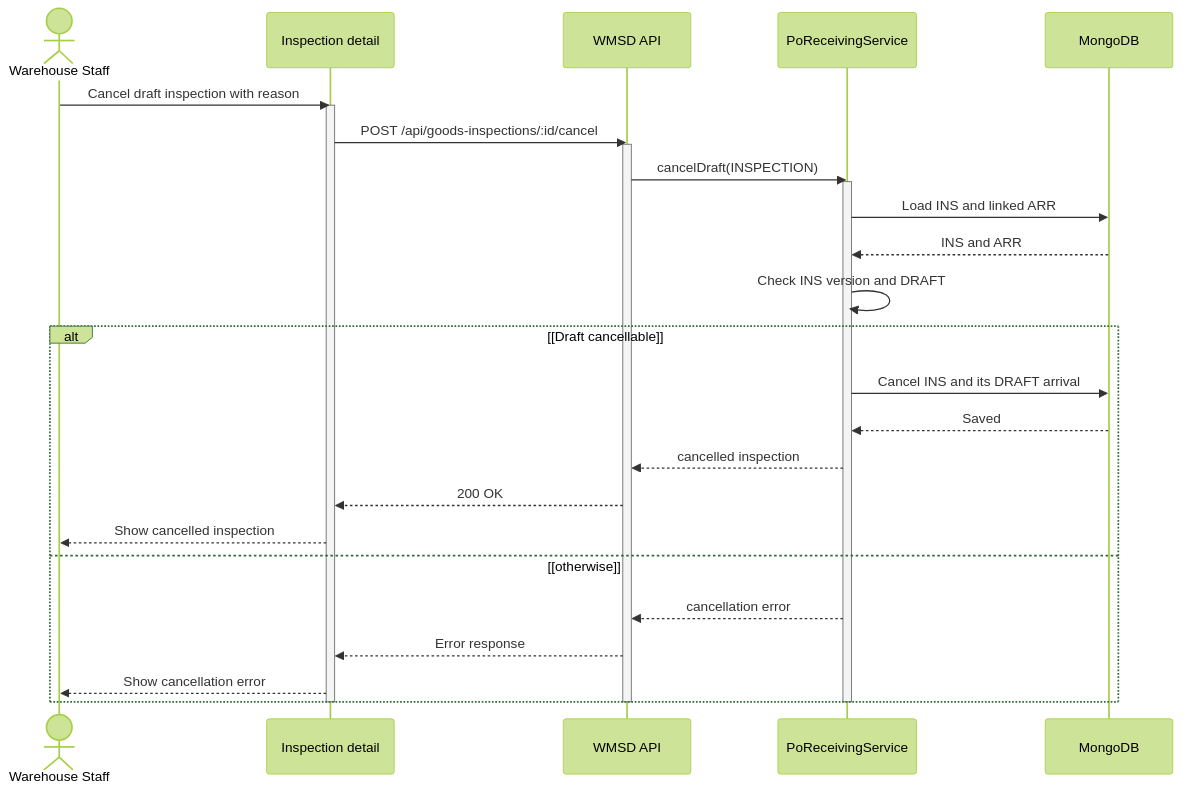
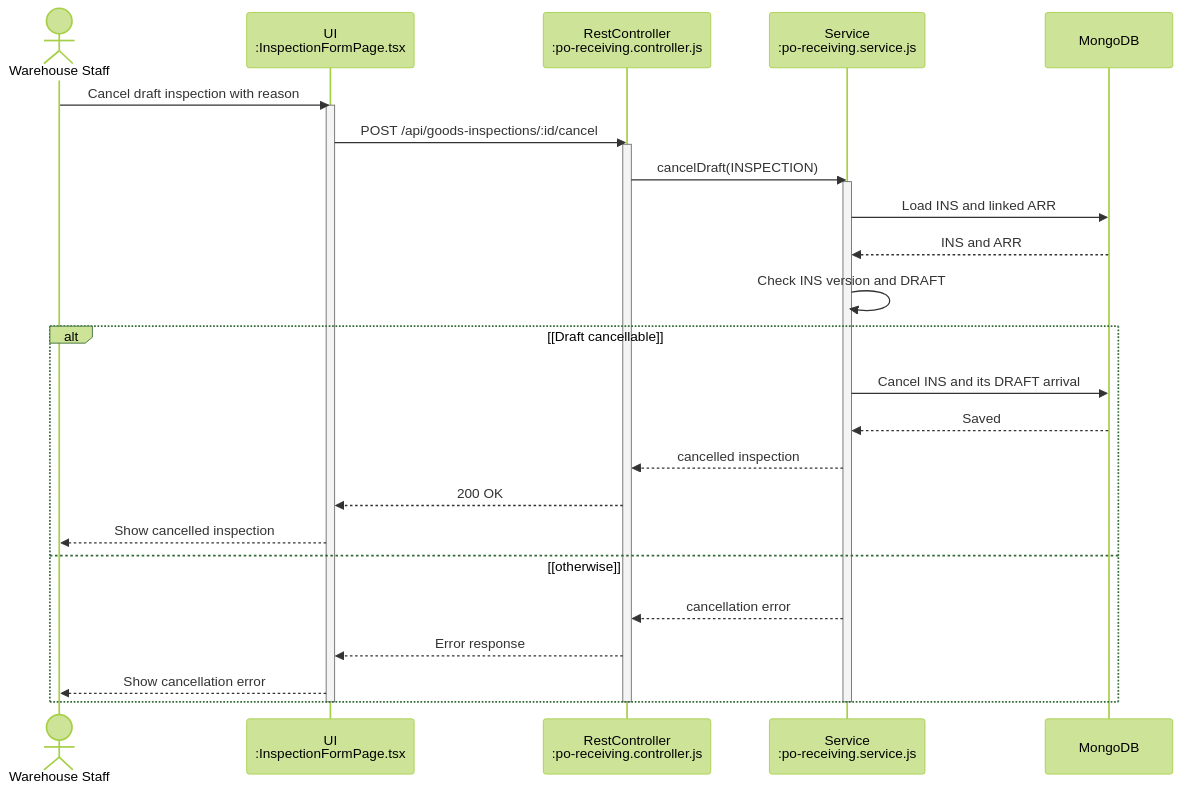
Before and after one commit to bupbalabup/wmsd_be: diagram 19 of 46 in git_doc/docs/01_bao_cao/WMSD_Report4_Draft.md, drawn with Mermaid (forest theme). The commit also changed other lines of this file and 80 other files, not shown here.

First line of the commit message:
feat(purchase): implement core purchase functionalities and validation schemas

````diff
--- a/git_doc/docs/01_bao_cao/WMSD_Report4_Draft.md
+++ b/git_doc/docs/01_bao_cao/WMSD_Report4_Draft.md
@@ -1339,31 +1339,31 @@
 ```mermaid
 sequenceDiagram
   actor X as Warehouse Staff
-  participant U as Inspection detail
-  participant A as WMSD API
-  participant S as PoReceivingService
+  participant U as UI<br/>:InspectionFormPage.tsx
+  participant A as RestController<br/>:po-receiving.controller.js
+  participant S as Service<br/>:po-receiving.service.js
   participant D as MongoDB
   X->>U: Cancel draft inspection with reason
   activate U
   U->>A: POST /api/goods-inspections/:id/cancel
   activate A
   A->>S: cancelDraft(INSPECTION)
   activate S
   S->>D: Load INS and linked ARR
   D-->>S: INS and ARR
   S->>S: Check INS version and DRAFT
   alt [Draft cancellable]
     S->>D: Cancel INS and its DRAFT arrival
     D-->>S: Saved
     S-->>A: cancelled inspection
     A-->>U: 200 OK
     U-->>X: Show cancelled inspection
   else [otherwise]
     S-->>A: cancellation error
     A-->>U: Error response
     U-->>X: Show cancellation error
   end
   deactivate S
   deactivate A
   deactivate U
 ```
````
